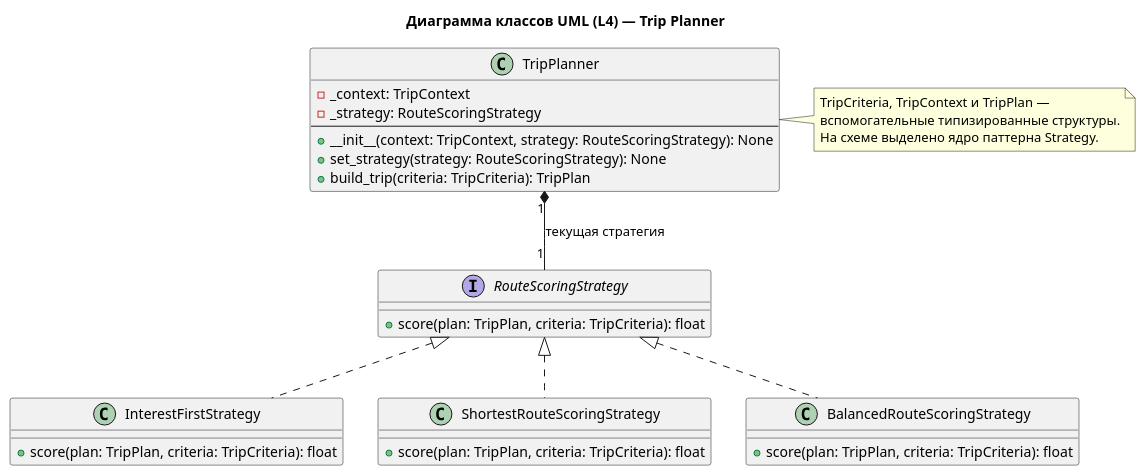
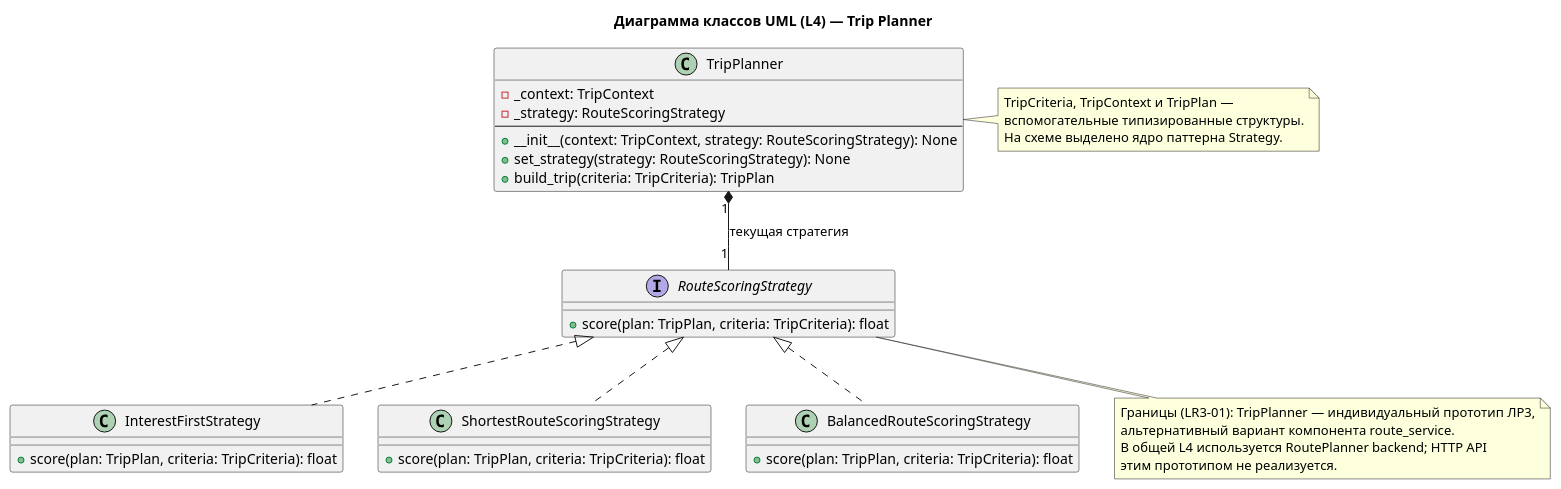
Before and after one commit to nbrkvv/travel-route-planner: the diagram in lab5/participants/frontend/diagrams/L4_trip_planner.puml, drawn with PlantUML.

Commit message:
frontend: L4_trip_planner — пометка границы LR3-01 (альтернативный прототип route_service)
Added notes to clarify the purpose and boundaries of TripPlanner and RouteScoringStrategy.

```diff
--- a/lab5/participants/frontend/diagrams/L4_trip_planner.puml
+++ b/lab5/participants/frontend/diagrams/L4_trip_planner.puml
@@ -1,43 +1,50 @@
 @startuml
 ' ЛР №3, C4 L4: компонент Trip Planner.
 ' Классическая диаграмма классов UML, паттерн Strategy.
 title Диаграмма классов UML (L4) — Trip Planner
 
 top to bottom direction
 
 class TripPlanner {
   - _context: TripContext
   - _strategy: RouteScoringStrategy
   --
   + __init__(context: TripContext, strategy: RouteScoringStrategy): None
   + set_strategy(strategy: RouteScoringStrategy): None
   + build_trip(criteria: TripCriteria): TripPlan
 }
 
 interface RouteScoringStrategy {
   + score(plan: TripPlan, criteria: TripCriteria): float
 }
 
 class InterestFirstStrategy {
   + score(plan: TripPlan, criteria: TripCriteria): float
 }
 
 class ShortestRouteScoringStrategy {
   + score(plan: TripPlan, criteria: TripCriteria): float
 }
 
 class BalancedRouteScoringStrategy {
   + score(plan: TripPlan, criteria: TripCriteria): float
 }
 
 TripPlanner "1" *-- "1" RouteScoringStrategy : текущая стратегия
 RouteScoringStrategy <|.. InterestFirstStrategy
 RouteScoringStrategy <|.. ShortestRouteScoringStrategy
 RouteScoringStrategy <|.. BalancedRouteScoringStrategy
 
 note right of TripPlanner
 TripCriteria, TripContext и TripPlan —
 вспомогательные типизированные структуры.
 На схеме выделено ядро паттерна Strategy.
 end note
+
+note bottom of RouteScoringStrategy
+Границы (LR3-01): TripPlanner — индивидуальный прототип ЛР3,
+альтернативный вариант компонента route_service.
+В общей L4 используется RoutePlanner backend; HTTP API
+этим прототипом не реализуется.
+end note
 @enduml
```
